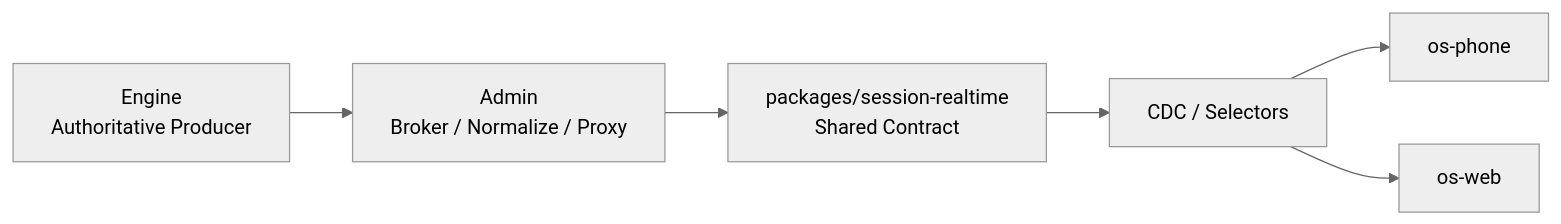
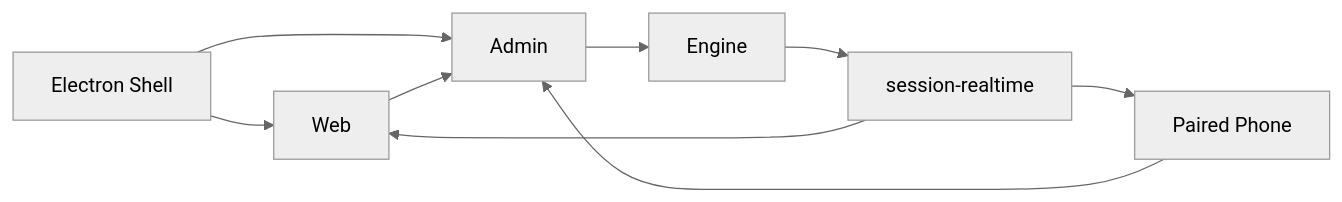
The diagram in docs/V8_AGENT_OS_DEVELOPER_GUIDE_ZH.md (justForever17/v8-agent-os), drawn with Mermaid (neutral theme) before and after one commit. The commit also changed other lines of this file and 6 other files, not shown here.

````diff
--- a/docs/V8_AGENT_OS_DEVELOPER_GUIDE_ZH.md
+++ b/docs/V8_AGENT_OS_DEVELOPER_GUIDE_ZH.md
@@ -66,8 +54,11 @@
 ```mermaid
 flowchart LR
-  A["Engine\nAuthoritative Producer"] --> B["Admin\nBroker / Normalize / Proxy"]
-  B --> C["packages/session-realtime\nShared Contract"]
-  C --> D["CDC / Selectors"]
-  D --> E["os-phone"]
-  D --> F["os-web"]
+  Shell["Electron Shell"] --> Web["Web"]
+  Shell --> Admin["Admin"]
+  Phone["Paired Phone"] --> Admin
+  Web --> Admin
+  Admin --> Engine["Engine"]
+  Engine --> Contract["session-realtime"]
+  Contract --> Web
+  Contract --> Phone
 ```
````
